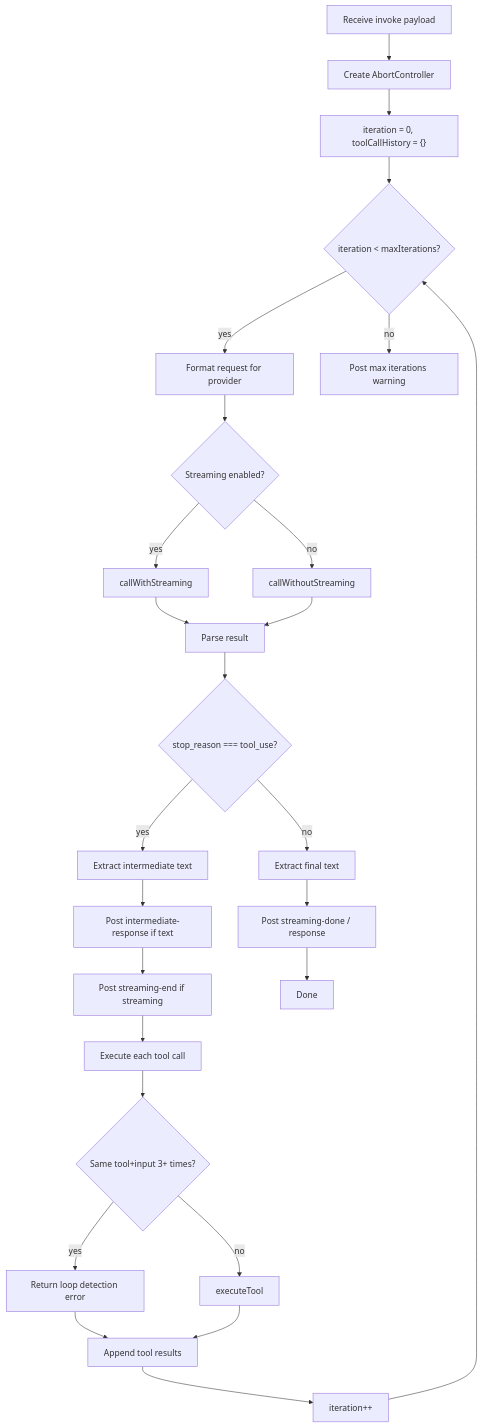
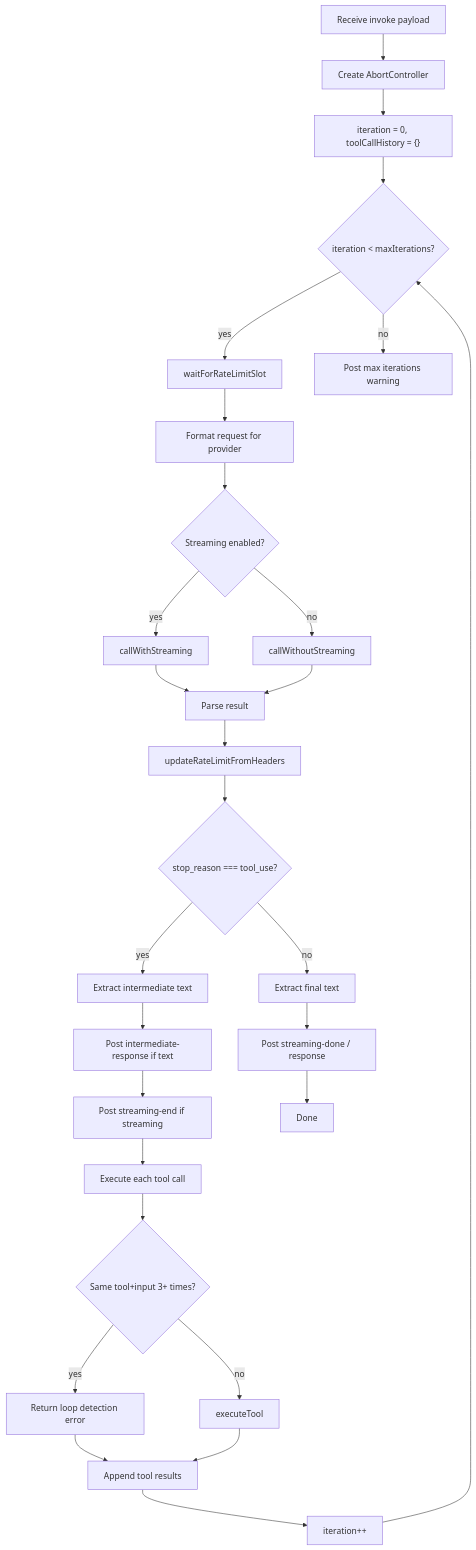
The first of 2 diagrams in docs/architecture/worker-protocol.md (xt-ml/shadow-claw), drawn with Mermaid before and after one commit. The commit also changed other lines of this file and 160 other files, not shown here.

````diff
--- a/docs/architecture/worker-protocol.md
+++ b/docs/architecture/worker-protocol.md
@@ -76,28 +90,30 @@
 ```mermaid
 flowchart TD
   A[Receive invoke payload] --> B[Create AbortController]
   B --> C["iteration = 0, toolCallHistory = {}"]
   C --> D{"iteration < maxIterations?"}
-  D -->|yes| E[Format request for provider]
+  D -->|yes| DA[waitForRateLimitSlot]
+  DA --> E[Format request for provider]
   E --> F{Streaming enabled?}
   F -->|yes| G[callWithStreaming]
   F -->|no| H[callWithoutStreaming]
   G --> I[Parse result]
   H --> I
-  I --> J{"stop_reason === tool_use?"}
+  I --> IA[updateRateLimitFromHeaders]
+  IA --> J{"stop_reason === tool_use?"}
   J -->|yes| K[Extract intermediate text]
   K --> L[Post intermediate-response if text]
   L --> M[Post streaming-end if streaming]
   M --> N[Execute each tool call]
   N --> O{"Same tool+input 3+ times?"}
   O -->|yes| P[Return loop detection error]
   O -->|no| Q[executeTool]
   P --> R[Append tool results]
   Q --> R
   R --> S[iteration++]
   S --> D
   J -->|no| T[Extract final text]
   T --> U[Post streaming-done / response]
   U --> V[Done]
   D -->|no| W[Post max iterations warning]
 ```
````
